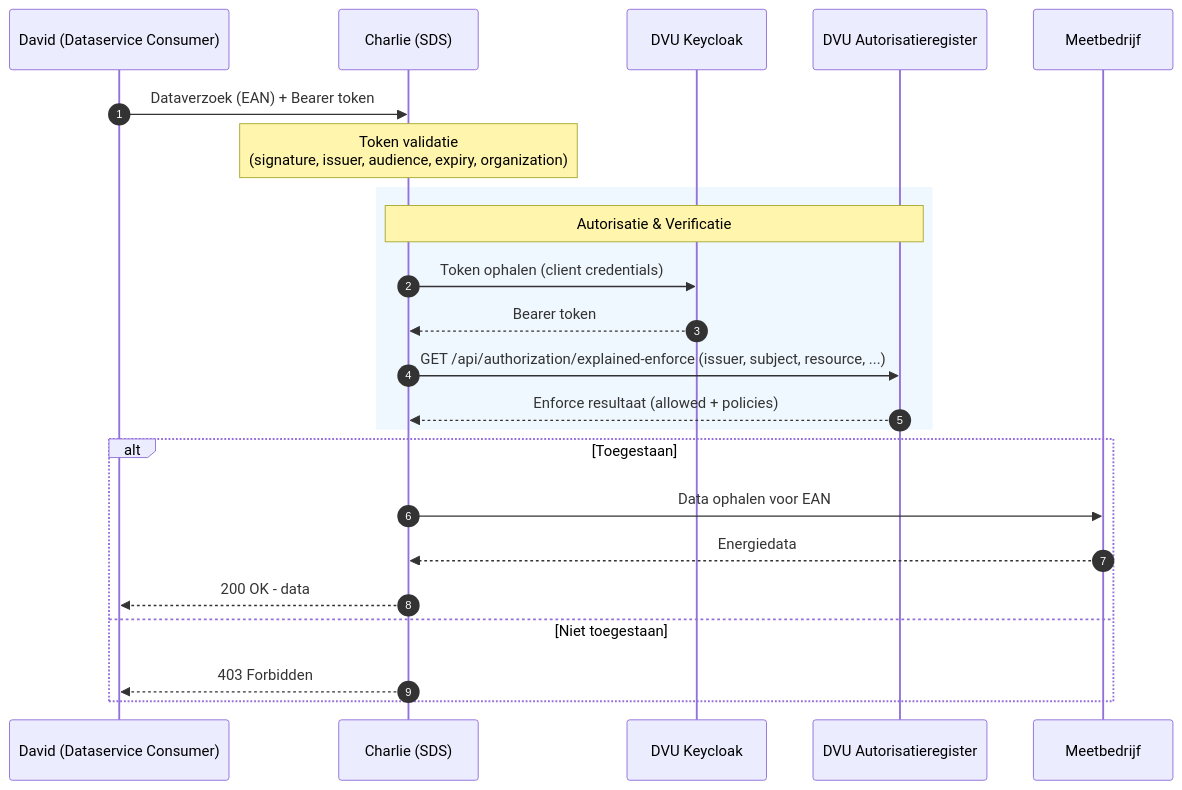
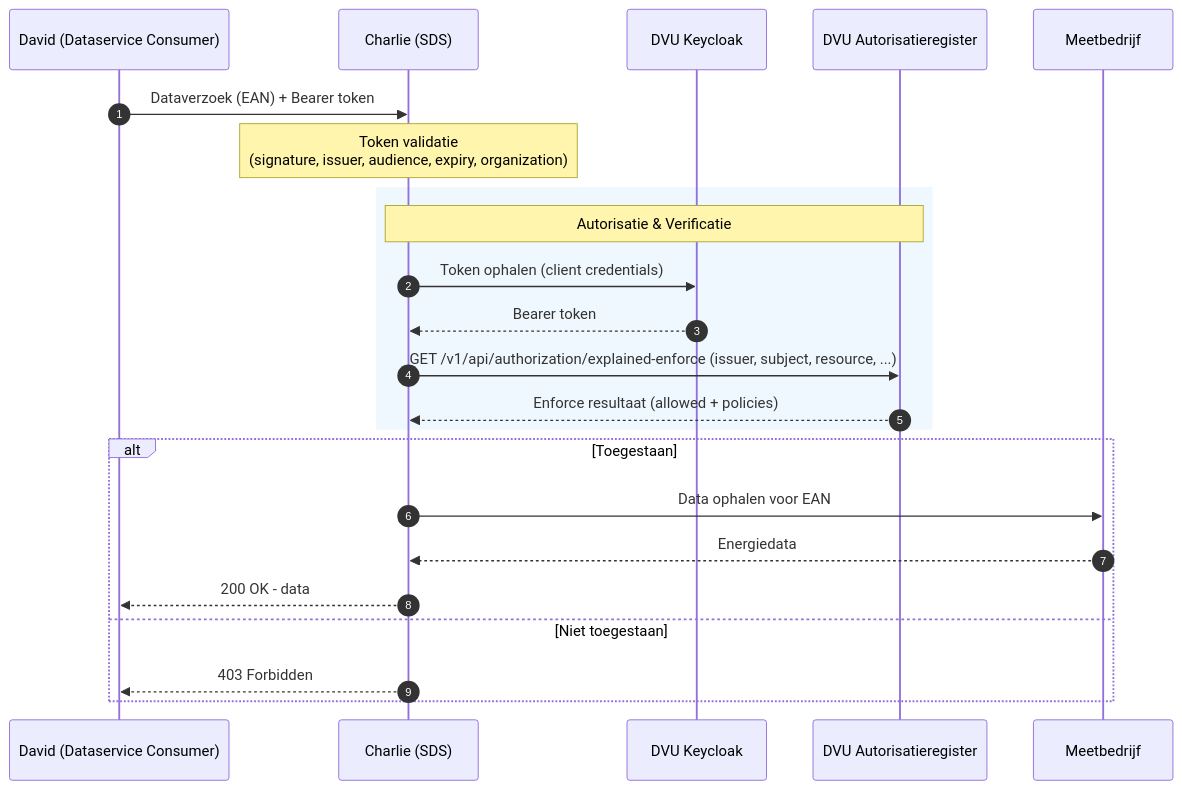
One commit to POORT8/Poort8.Docs changed the diagram in dvu-draft/aansluiten-datadienst-aanbieder.md. Above: the diagram before and after it, drawn with Mermaid. The commit also changed other lines of this file and 3 other files, not shown here.

````diff
--- a/dvu-draft/aansluiten-datadienst-aanbieder.md
+++ b/dvu-draft/aansluiten-datadienst-aanbieder.md
@@ -40,28 +40,28 @@
 ```mermaid
 sequenceDiagram
     autonumber
     participant David as David (Dataservice Consumer)
     participant Charlie as Charlie (SDS)
     participant Auth as DVU Keycloak
     participant AR as DVU Autorisatieregister
     participant MB as Meetbedrijf
 
     David->>Charlie: Dataverzoek (EAN) + Bearer token
     Note over Charlie: Token validatie<br/>(signature, issuer, audience, expiry, organization)
 
     rect rgb(240, 248, 255)
         Note over Charlie,AR: Autorisatie & Verificatie
         Charlie->>Auth: Token ophalen (client credentials)
         Auth-->>Charlie: Bearer token
-        Charlie->>AR: GET /api/authorization/explained-enforce (issuer, subject, resource, ...)
+        Charlie->>AR: GET /v1/api/authorization/explained-enforce (issuer, subject, resource, ...)
         AR-->>Charlie: Enforce resultaat (allowed + policies)
     end
 
     alt Toegestaan
         Charlie->>MB: Data ophalen voor EAN
         MB-->>Charlie: Energiedata
         Charlie-->>David: 200 OK - data
     else Niet toegestaan
         Charlie-->>David: 403 Forbidden
     end
 ```
````
